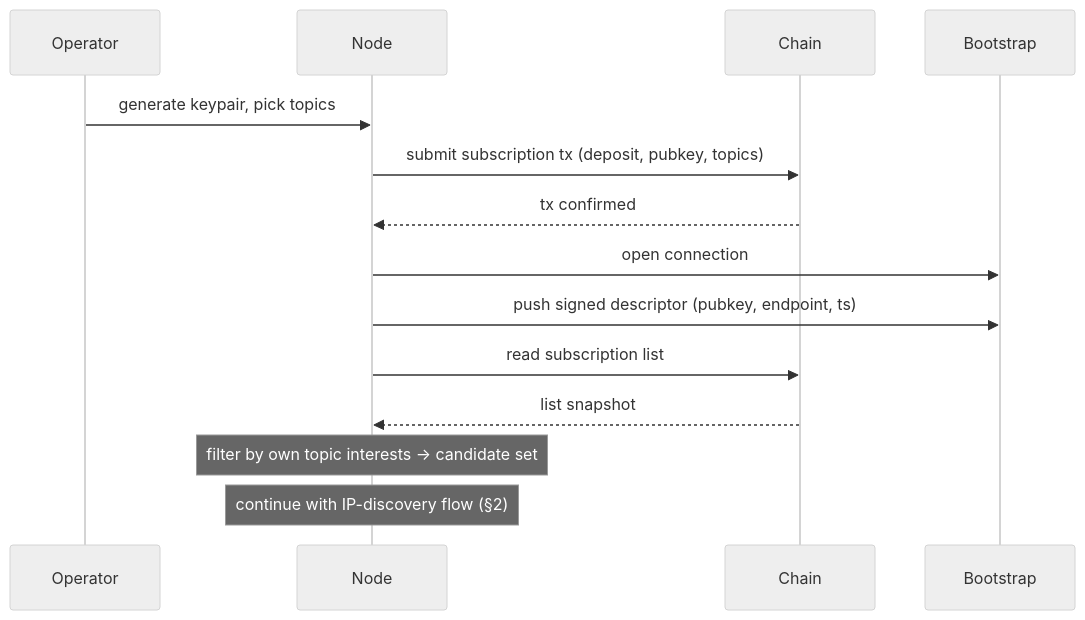
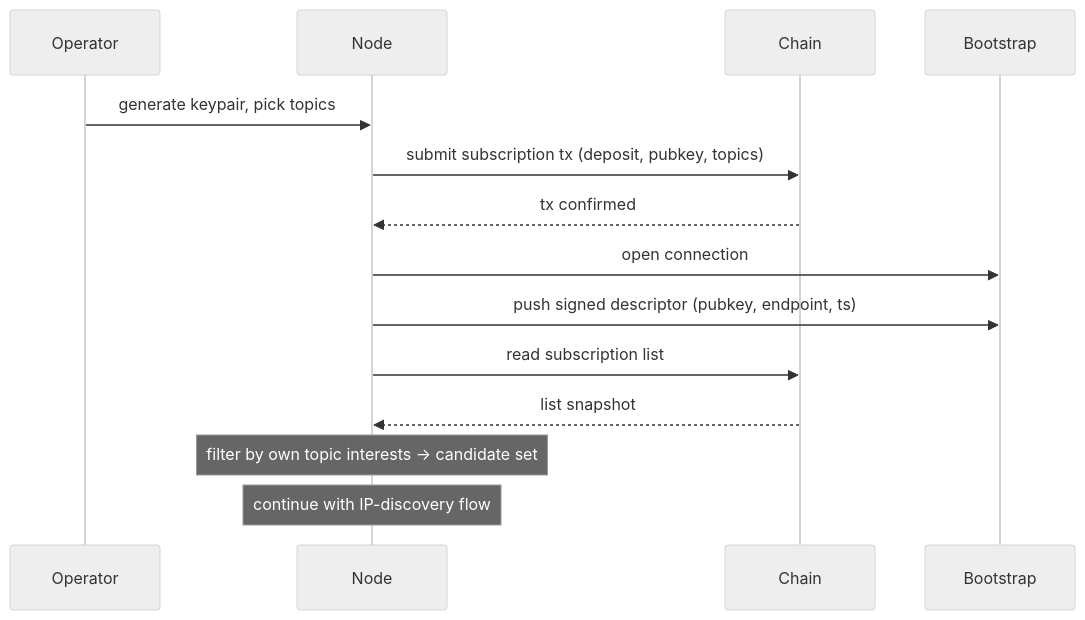
One commit to input-output-hk/pubsub changed the first of 5 diagrams in docs/node-flows.md. Above: the diagram before and after it, drawn with Mermaid (neutral theme). The commit also changed other lines of this file, not shown here.

First line of the commit message:
docs(node-flows): link sections, add §3/§4/§5 diagrams, add topic-change flow

````diff
--- a/docs/node-flows.md
+++ b/docs/node-flows.md
@@ -21,17 +21,17 @@
 ```mermaid
 sequenceDiagram
     participant Operator
     participant Node
     participant Chain
     participant Bootstrap
 
     Operator->>Node: generate keypair, pick topics
     Node->>Chain: submit subscription tx (deposit, pubkey, topics)
     Chain-->>Node: tx confirmed
     Node->>Bootstrap: open connection
     Node->>Bootstrap: push signed descriptor (pubkey, endpoint, ts)
     Node->>Chain: read subscription list
     Chain-->>Node: list snapshot
     Note over Node: filter by own topic interests → candidate set
-    Note over Node: continue with IP-discovery flow (§2)
+    Note over Node: continue with IP-discovery flow
 ```
````
